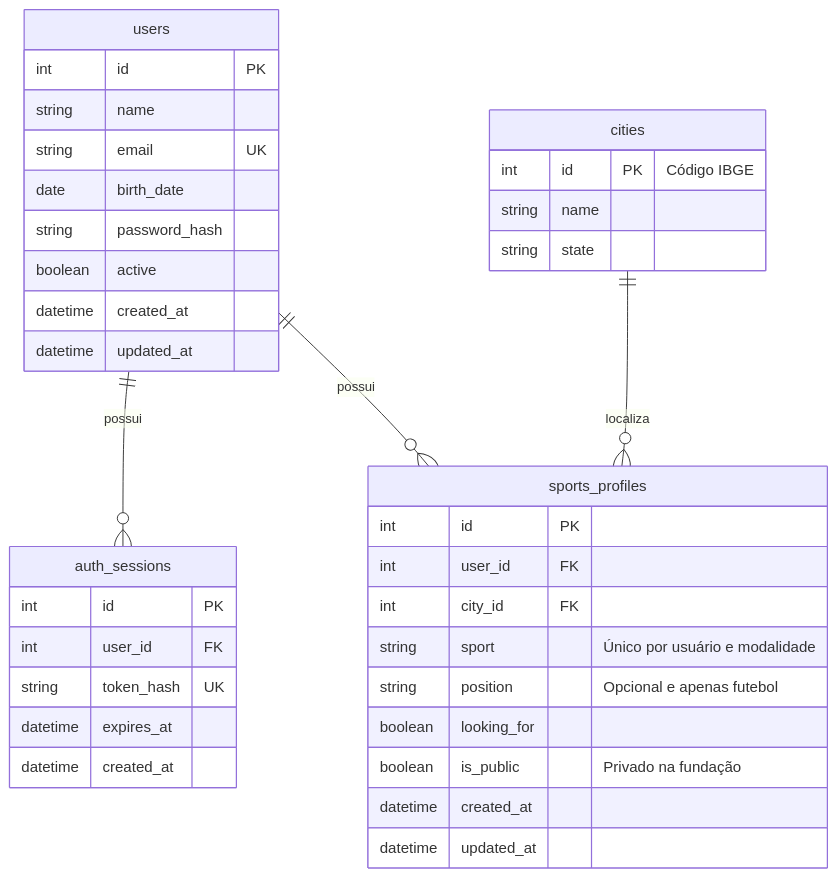
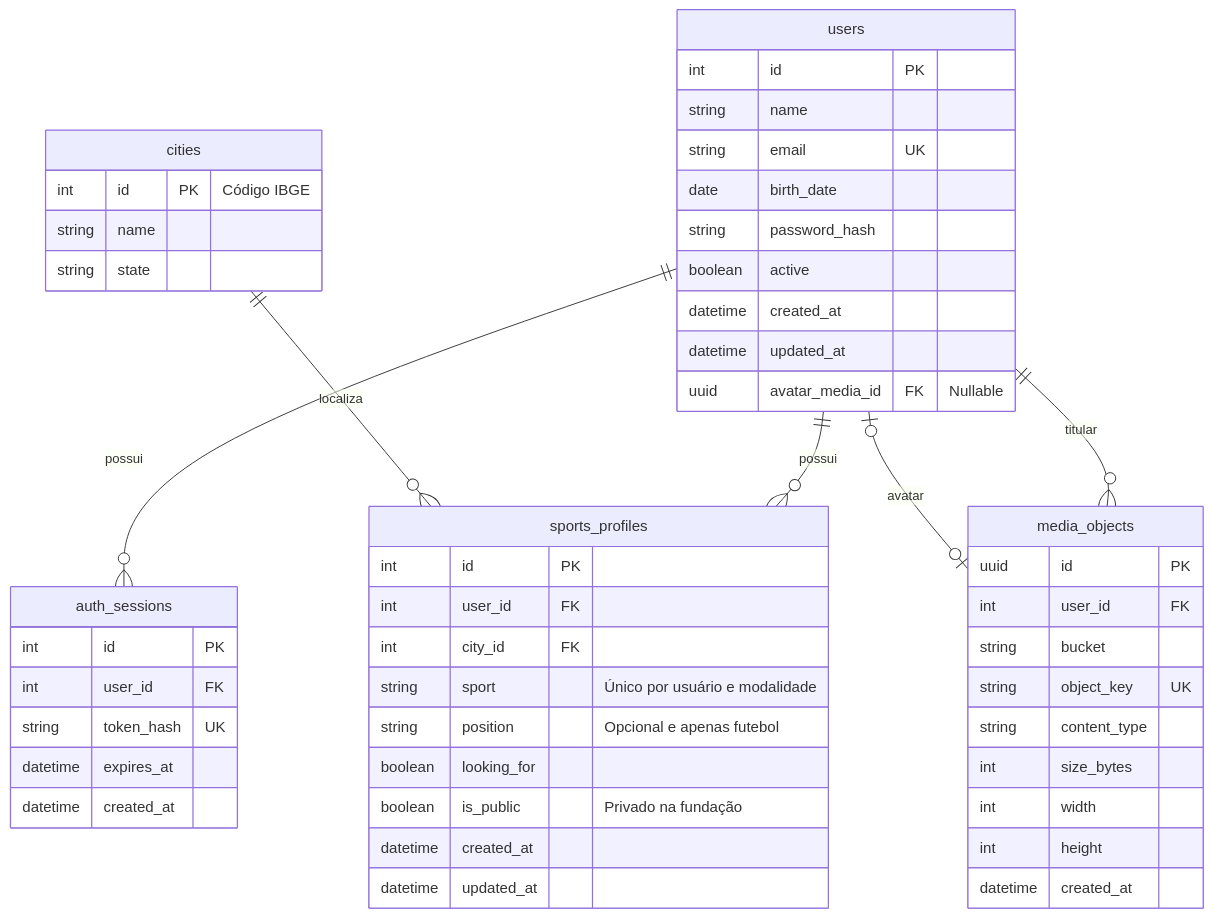
The second of 2 diagrams in docs/diagramas/fundacao.md (davicl04/arena), drawn with Mermaid before and after one commit. The commit also changed other lines of this file and 37 other files, not shown here.

````diff
--- a/docs/diagramas/fundacao.md
+++ b/docs/diagramas/fundacao.md
@@ -14,39 +15,53 @@
 ```mermaid
 erDiagram
     users ||--o{ auth_sessions : possui
     users ||--o{ sports_profiles : possui
+    users ||--o{ media_objects : titular
+    users o|--o| media_objects : avatar
     cities ||--o{ sports_profiles : localiza
     users {
         int id PK
         string name
         string email UK
         date birth_date
         string password_hash
         boolean active
         datetime created_at
         datetime updated_at
+        uuid avatar_media_id FK "Nullable"
+    }
+    media_objects {
+        uuid id PK
+        int user_id FK
+        string bucket
+        string object_key UK
+        string content_type
+        int size_bytes
+        int width
+        int height
+        datetime created_at
     }
     auth_sessions {
         int id PK
         int user_id FK
         string token_hash UK
         datetime expires_at
         datetime created_at
     }
     cities {
         int id PK "Código IBGE"
         string name
         string state
     }
     sports_profiles {
         int id PK
         int user_id FK
         int city_id FK
         string sport "Único por usuário e modalidade"
         string position "Opcional e apenas futebol"
         boolean looking_for
         boolean is_public "Privado na fundação"
         datetime created_at
         datetime updated_at
     }
 ```
````
